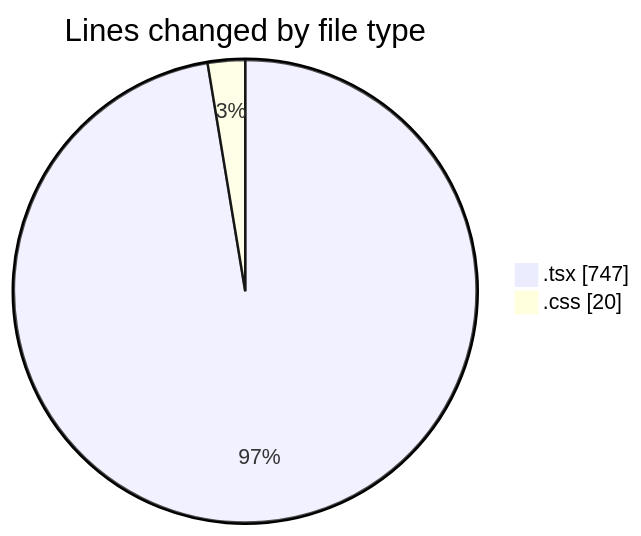
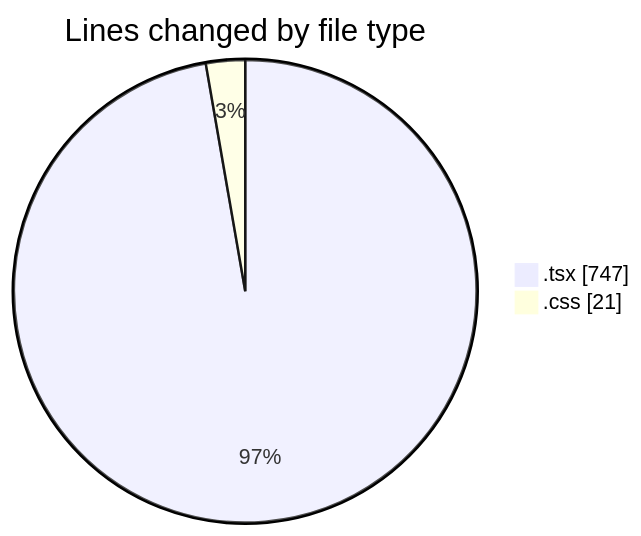
One commit to robertbonfada/code-tracking changed the first of 2 diagrams in 2025-02-07/mbc-web/README.md. Above: the diagram before and after it, drawn with Mermaid. The commit also changed other lines of this file and 1 other file, not shown here.

````diff
--- a/2025-02-07/mbc-web/README.md
+++ b/2025-02-07/mbc-web/README.md
@@ -27,6 +28,6 @@
 ```mermaid
 pie showData
 title Lines changed by file type
 ".tsx" : 747
-".css" : 20
+".css" : 21
 ```
````
